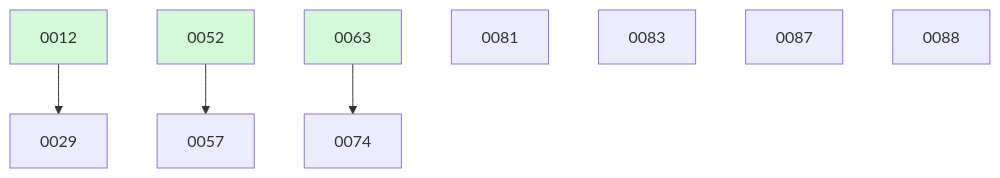
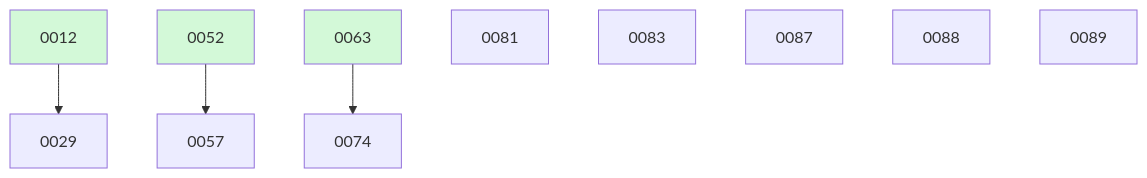
One commit to ethanhinson/fuse changed the diagram in docs/changes/BOARD.md. Above: the diagram before and after it, drawn with Mermaid. The commit also changed other lines of this file and 1 other file, not shown here.

````diff
--- a/docs/changes/BOARD.md
+++ b/docs/changes/BOARD.md
@@ -32,14 +33,15 @@
 ```mermaid
 graph TD
   0012 --> 0029
   0052 --> 0057
   0063 --> 0074
   0081
   0083
   0087
   0088
+  0089
   0012:::done
   0052:::done
   0063:::done
   classDef done fill:#d3f9d8;
 ```
````
